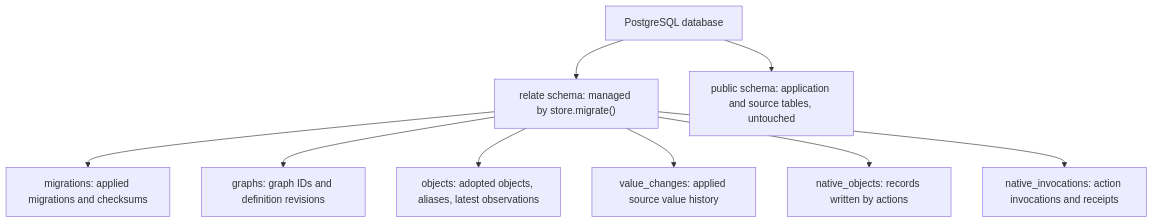
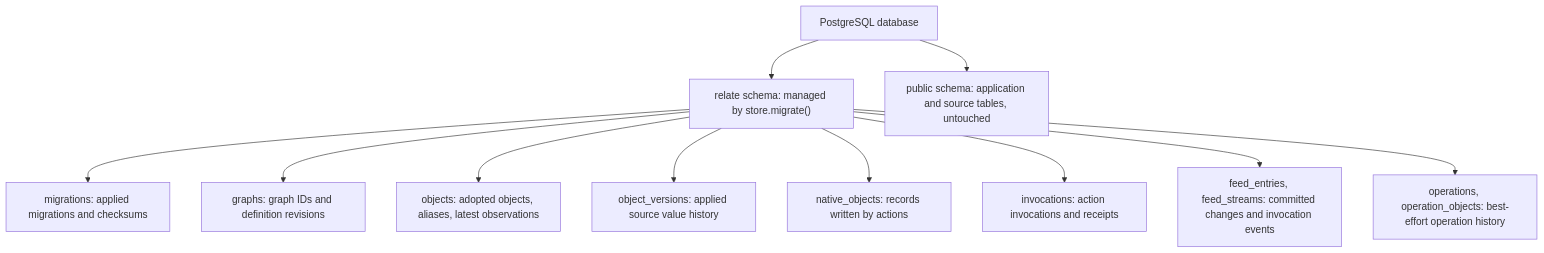
Before and after one commit to relatehq/relate: the diagram in apps/docs/content/deployment/postgres.md, drawn with Mermaid. The commit also changed 100 other files, not shown here.

First line of the commit message:
feat(activity): durable feed, operation history and object provenance (#36)

````diff
--- a/apps/docs/content/deployment/postgres.md
+++ b/apps/docs/content/deployment/postgres.md
@@ -24,11 +24,13 @@
 ```mermaid
 flowchart TD
   database["PostgreSQL database"] --> relate["relate schema: managed by store.migrate()"]
   database --> public["public schema: application and source tables, untouched"]
   relate --> migrations["migrations: applied migrations and checksums"]
   relate --> graphs["graphs: graph IDs and definition revisions"]
   relate --> objects["objects: adopted objects, aliases, latest observations"]
-  relate --> changes["value_changes: applied source value history"]
+  relate --> versions["object_versions: applied source value history"]
   relate --> native["native_objects: records written by actions"]
-  relate --> invocations["native_invocations: action invocations and receipts"]
+  relate --> invocations["invocations: action invocations and receipts"]
+  relate --> feed["feed_entries, feed_streams: committed changes and invocation events"]
+  relate --> operations["operations, operation_objects: best-effort operation history"]
 ```
````
